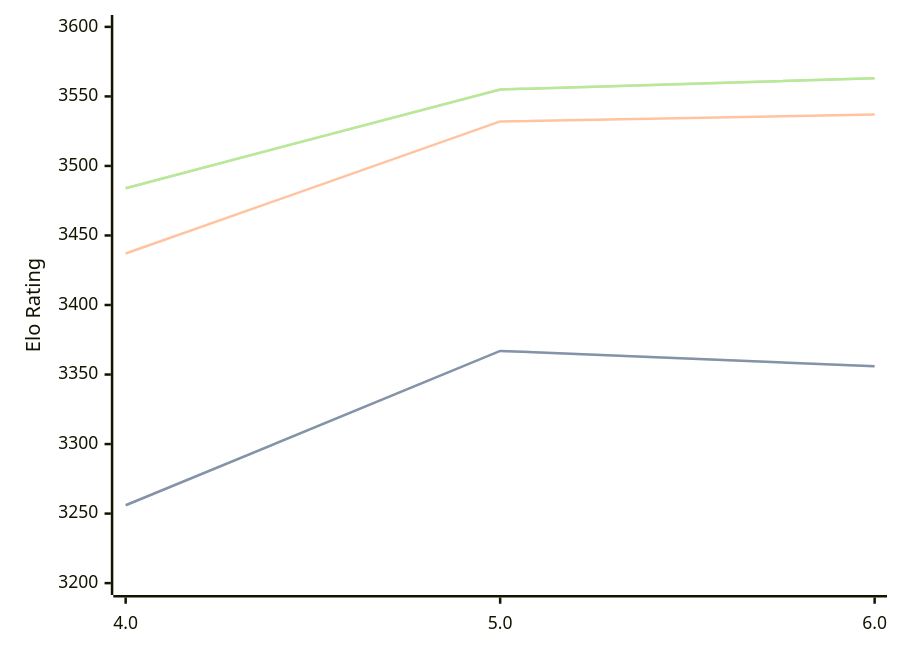
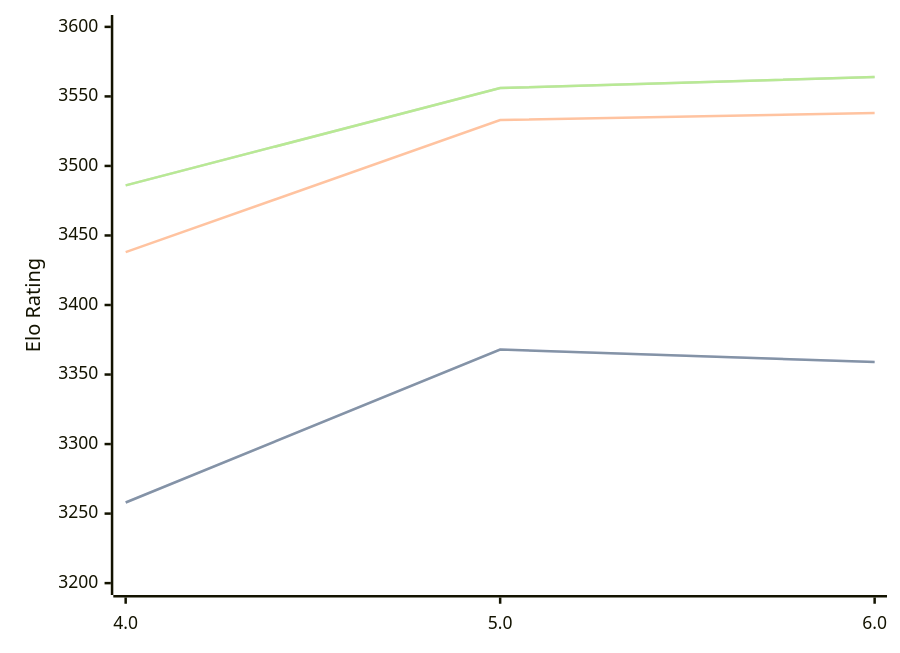
The diagram in engines/Tarnished.md (computer-chess-index/cci), drawn with Mermaid before and after one commit. The commit also changed other lines of this file, not shown here.

Commit message:
Update CCI Ratings (ELO VLTC) - 2026-09-13

````diff
--- a/engines/Tarnished.md
+++ b/engines/Tarnished.md
@@ -33,11 +33,11 @@
 ```mermaid
 %%{init: {"theme":"base","themeVariables":{"seriesColors:['#a3a3a3','#222221','#faa371']}}}%%
 xychart-beta
   x-axis ["4.0", "5.0", "6.0"]
   y-axis "Elo Rating" 3200 --> 3600
-  line "" [3256, 3367, 3356]
-  line "STC (8.0+0.08s)" [3256, 3367, 3356]
-  line "LTC (60.0+0.60s)" [3437, 3532, 3537]
-  line "" [3484, 3555, 3563]
-  line "VLTC (2m24s+1.12s)" [3484, 3555, 3563]
+  line "" [3258, 3368, 3359]
+  line "STC (8.0+0.08s)" [3258, 3368, 3359]
+  line "LTC (60.0+0.60s)" [3438, 3533, 3538]
+  line "" [3486, 3556, 3564]
+  line "VLTC (2m24s+1.12s)" [3486, 3556, 3564]
 ```
````
